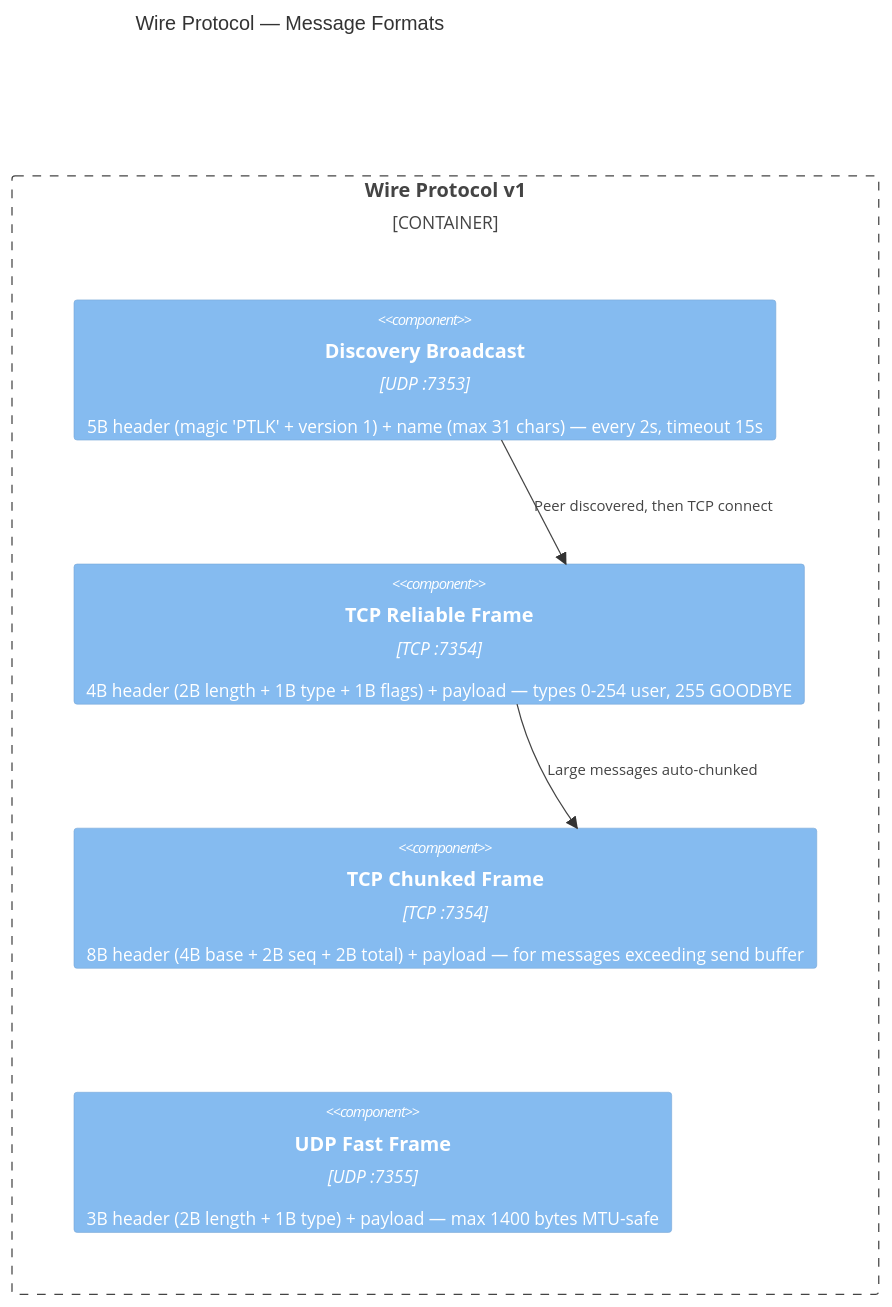
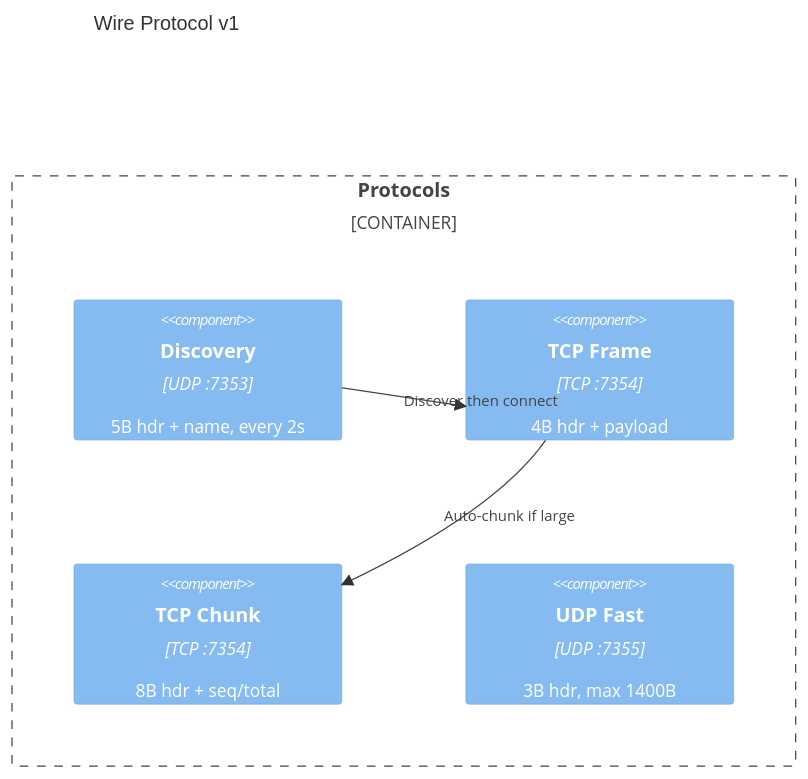
Before and after one commit to matthewdeaves/peertalk: the sixth of 7 diagrams in ARCHITECTURE.md, drawn with Mermaid. The commit also changed other lines of this file, not shown here.

First line of the commit message:
docs: Shorten C4 diagram labels for clean Mermaid rendering

````diff
--- a/ARCHITECTURE.md
+++ b/ARCHITECTURE.md
@@ -133,14 +132,14 @@
 ```mermaid
 C4Component
-    title Wire Protocol — Message Formats
+    title Wire Protocol v1
 
-    Container_Boundary(wire, "Wire Protocol v1") {
-        Component(discovery, "Discovery Broadcast", "UDP :7353", "5B header (magic 'PTLK' + version 1) + name (max 31 chars) — every 2s, timeout 15s")
-        Component(tcp_frame, "TCP Reliable Frame", "TCP :7354", "4B header (2B length + 1B type + 1B flags) + payload — types 0-254 user, 255 GOODBYE")
-        Component(tcp_chunk, "TCP Chunked Frame", "TCP :7354", "8B header (4B base + 2B seq + 2B total) + payload — for messages exceeding send buffer")
-        Component(udp_fast, "UDP Fast Frame", "UDP :7355", "3B header (2B length + 1B type) + payload — max 1400 bytes MTU-safe")
+    Container_Boundary(wire, "Protocols") {
+        Component(discovery, "Discovery", "UDP :7353", "5B hdr + name, every 2s")
+        Component(tcp_frame, "TCP Frame", "TCP :7354", "4B hdr + payload")
+        Component(tcp_chunk, "TCP Chunk", "TCP :7354", "8B hdr + seq/total")
+        Component(udp_fast, "UDP Fast", "UDP :7355", "3B hdr, max 1400B")
     }
 
-    Rel(discovery, tcp_frame, "Peer discovered, then TCP connect")
-    Rel(tcp_frame, tcp_chunk, "Large messages auto-chunked")
+    Rel(discovery, tcp_frame, "Discover then connect")
+    Rel(tcp_frame, tcp_chunk, "Auto-chunk if large")
 ```
````
